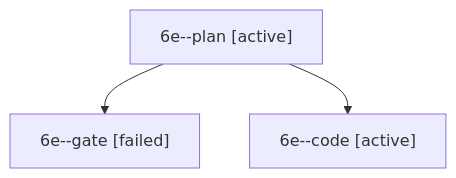
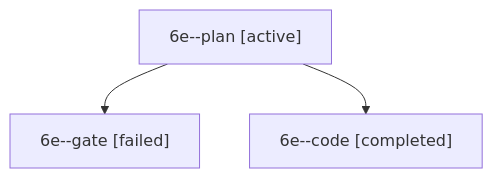
One commit to bobs-org/bob-cli--agents changed the diagram in sessions/bbugyi200.apollo.6e.md. Above: the diagram before and after it, drawn with Mermaid. The commit also changed other lines of this file and 49 other files, not shown here.

````diff
--- a/sessions/bbugyi200.apollo.6e.md
+++ b/sessions/bbugyi200.apollo.6e.md
@@ -9,8 +9,8 @@
 ```mermaid
 flowchart TD
   n0["6e--plan [active]"]
   n1["6e--gate [failed]"]
   n0 --> n1
-  n2["6e--code [active]"]
+  n2["6e--code [completed]"]
   n0 --> n2
 ```
````
